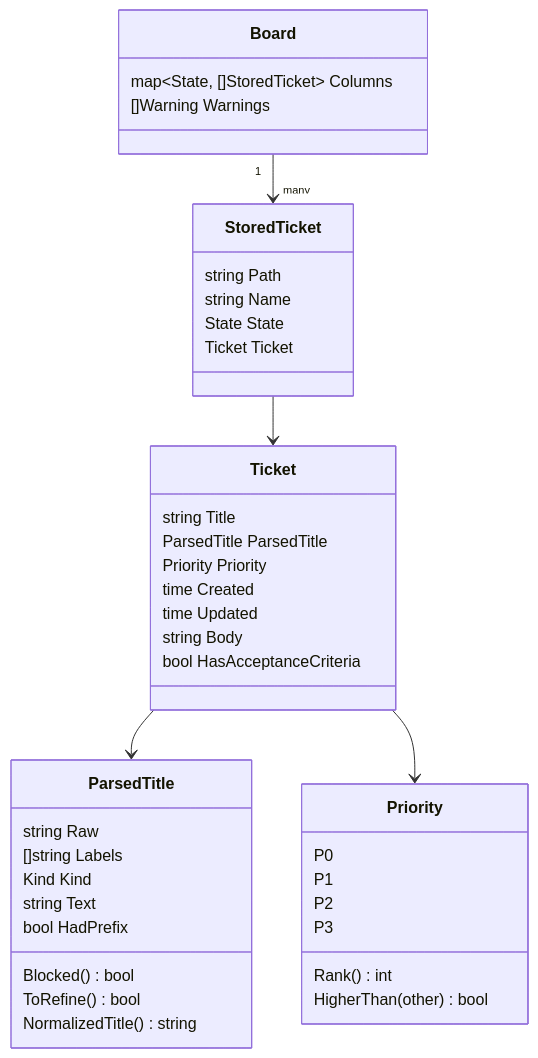
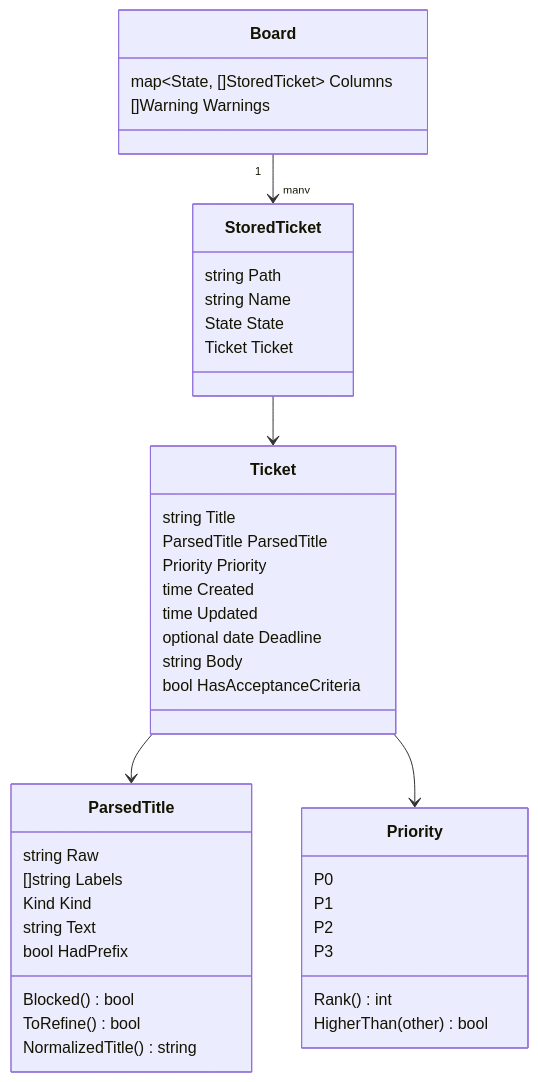
Before and after one commit to dawidsok/tickcats: the sixth of 7 diagrams in docs/architecture.md, drawn with Mermaid. The commit also changed 8 other files, not shown here.

Commit message:
feat(ticket): parse optional deadline metadata

````diff
--- a/docs/architecture.md
+++ b/docs/architecture.md
@@ -123,49 +123,50 @@
 ```mermaid
 classDiagram
     class Board {
         map~State, []StoredTicket~ Columns
         []Warning Warnings
     }
 
     class StoredTicket {
         string Path
         string Name
         State State
         Ticket Ticket
     }
 
     class Ticket {
         string Title
         ParsedTitle ParsedTitle
         Priority Priority
         time Created
         time Updated
+        optional date Deadline
         string Body
         bool HasAcceptanceCriteria
     }
 
     class ParsedTitle {
         string Raw
         []string Labels
         Kind Kind
         string Text
         bool HadPrefix
         Blocked() bool
         ToRefine() bool
         NormalizedTitle() string
     }
 
     class Priority {
         P0
         P1
         P2
         P3
         Rank() int
         HigherThan(other) bool
     }
 
     Board "1" --> "many" StoredTicket
     StoredTicket --> Ticket
     Ticket --> ParsedTitle
     Ticket --> Priority
 ```
````
